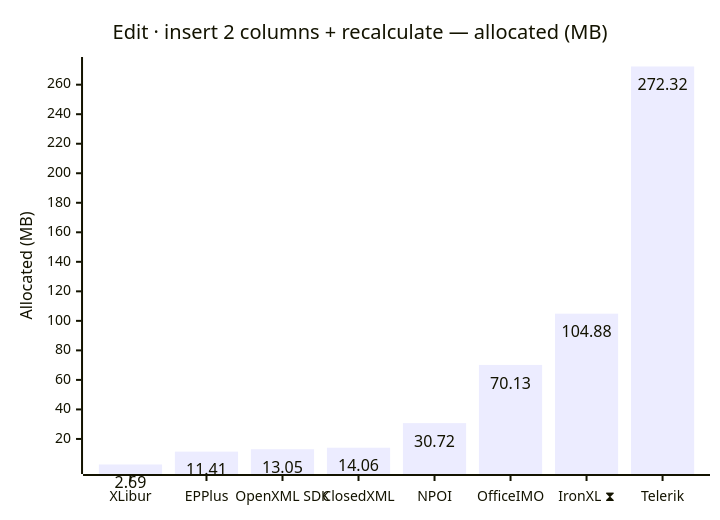
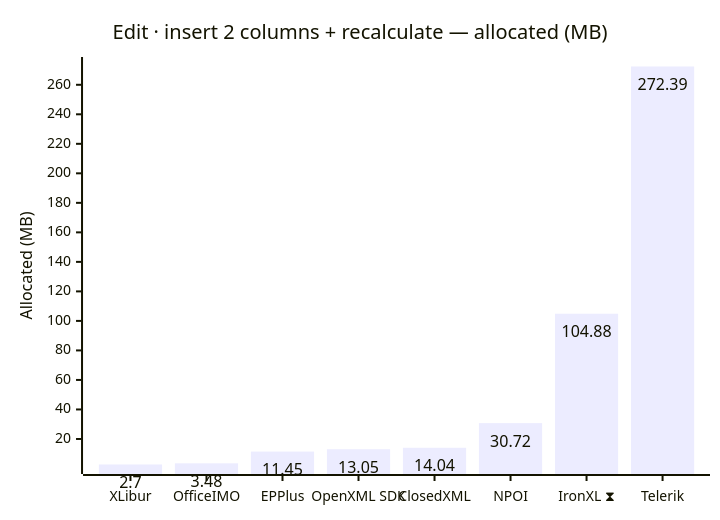
Before and after one commit to jafin/XLBench: diagram 14 of 18 in docs/results.md, drawn with Mermaid. The commit also changed other lines of this file and 2 other files, not shown here.

First line of the commit message:
Publish full-fidelity results for OfficeIMO 3.6.2, MiniExcel 2.0.0, XLibur 0.900.0, EPPlus 8.7.3 and Telerik 2026.4.1127

````diff
--- a/docs/results.md
+++ b/docs/results.md
@@ -211,12 +211,12 @@
 ```mermaid
 ---
 config:
   xyChart:
     showDataLabel: true
 ---
 xychart-beta
     title "Edit · insert 2 columns + recalculate — allocated (MB)"
-    x-axis ["XLibur", "EPPlus", "OpenXML SDK", "ClosedXML", "NPOI", "OfficeIMO", "IronXL ⧗", "Telerik"]
+    x-axis ["XLibur", "OfficeIMO", "EPPlus", "OpenXML SDK", "ClosedXML", "NPOI", "IronXL ⧗", "Telerik"]
     y-axis "Allocated (MB)"
-    bar [2.69, 11.41, 13.05, 14.06, 30.72, 70.13, 104.88, 272.32]
+    bar [2.7, 3.48, 11.45, 13.05, 14.04, 30.72, 104.88, 272.39]
 ```
````
